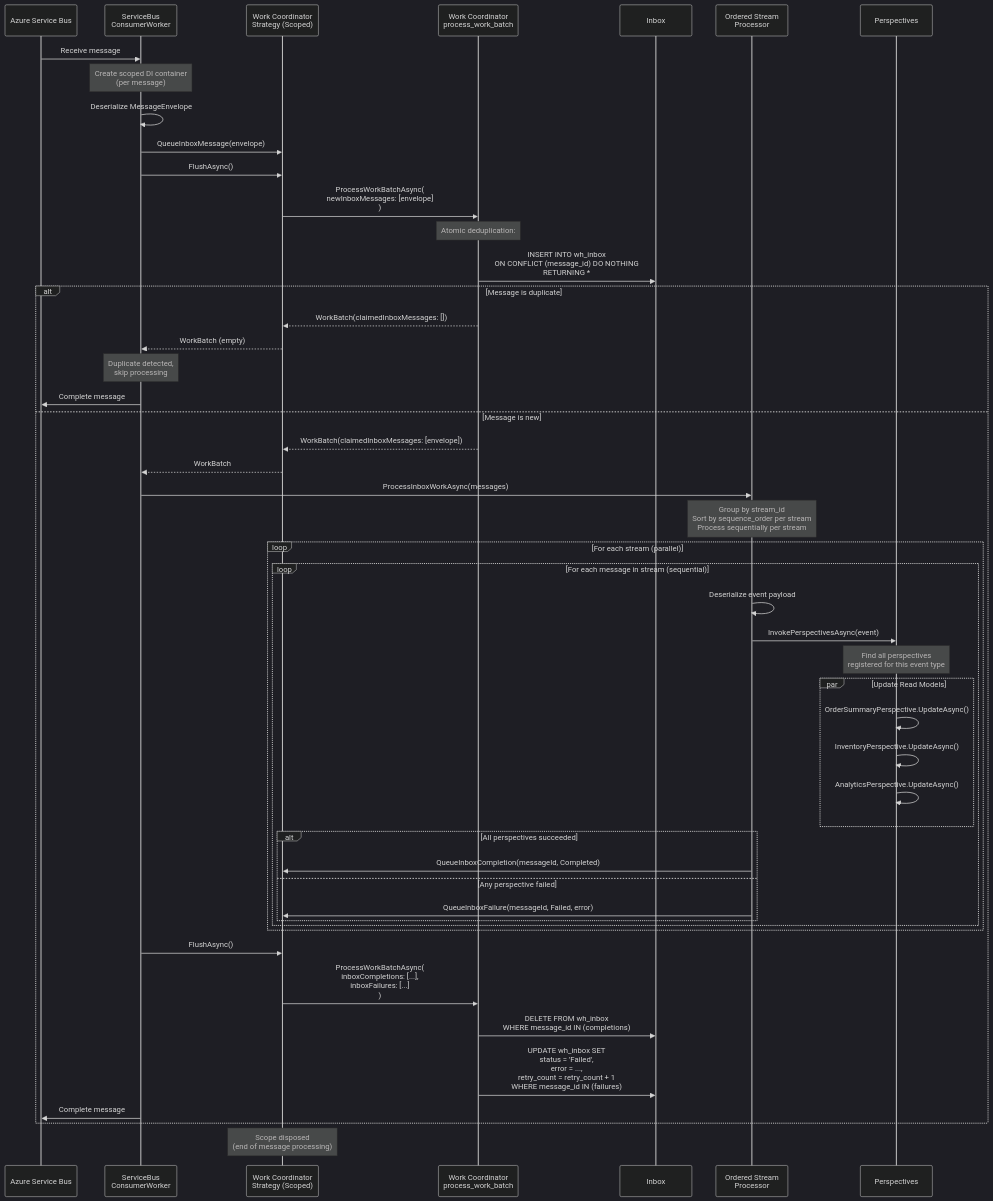
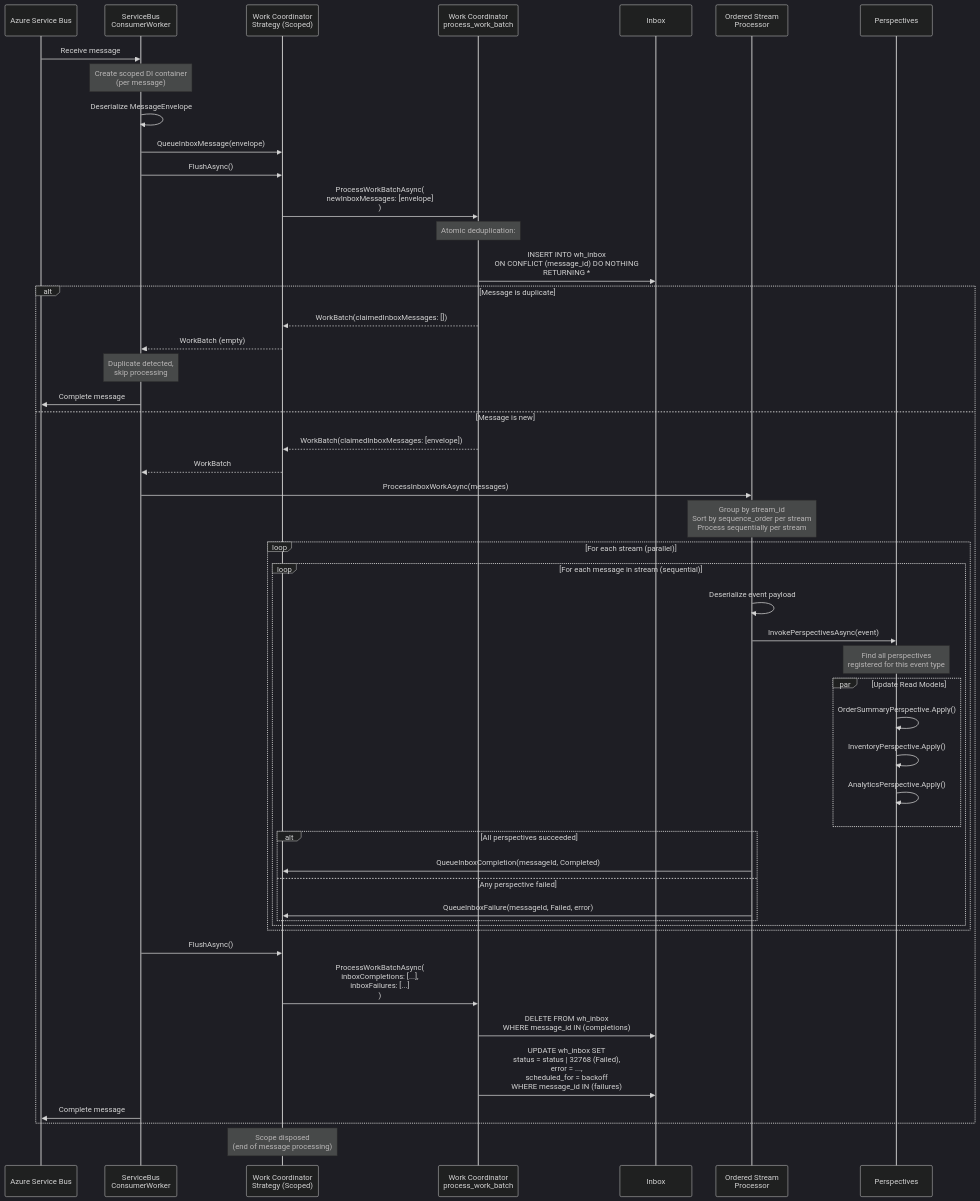
The fifth of 6 diagrams in src/assets/docs/v1.0.0/extending/internals/message-lifecycle.md (whizbang-lib/whizbang-lib.github.io), drawn with Mermaid (dark theme) before and after one commit. The commit also changed other lines of this file and 38 other files, not shown here.

````diff
--- a/src/assets/docs/v1.0.0/extending/internals/message-lifecycle.md
+++ b/src/assets/docs/v1.0.0/extending/internals/message-lifecycle.md
@@ -296,76 +309,76 @@
 ```mermaid
 sequenceDiagram
     participant ServiceBus as Azure Service Bus
     participant ConsumerWorker as ServiceBus<br/>ConsumerWorker
     participant WorkStrategy as Work Coordinator<br/>Strategy (Scoped)
     participant WorkCoord as Work Coordinator<br/>process_work_batch
     participant Inbox
     participant OSP as Ordered Stream<br/>Processor
     participant Perspectives
 
     ServiceBus->>ConsumerWorker: Receive message
 
     Note over ConsumerWorker: Create scoped DI container<br/>(per message)
 
     ConsumerWorker->>ConsumerWorker: Deserialize MessageEnvelope
 
     ConsumerWorker->>WorkStrategy: QueueInboxMessage(envelope)
 
     ConsumerWorker->>WorkStrategy: FlushAsync()
 
     WorkStrategy->>WorkCoord: ProcessWorkBatchAsync(<br/>  newInboxMessages: [envelope]<br/>)
 
     Note over WorkCoord: Atomic deduplication:
 
     WorkCoord->>Inbox: INSERT INTO wh_inbox<br/>ON CONFLICT (message_id) DO NOTHING<br/>RETURNING *
 
     alt Message is duplicate
         WorkCoord-->>WorkStrategy: WorkBatch(claimedInboxMessages: [])
         WorkStrategy-->>ConsumerWorker: WorkBatch (empty)
 
         Note over ConsumerWorker: Duplicate detected,<br/>skip processing
 
         ConsumerWorker->>ServiceBus: Complete message
     else Message is new
         WorkCoord-->>WorkStrategy: WorkBatch(claimedInboxMessages: [envelope])
         WorkStrategy-->>ConsumerWorker: WorkBatch
 
         ConsumerWorker->>OSP: ProcessInboxWorkAsync(messages)
 
         Note over OSP: Group by stream_id<br/>Sort by sequence_order per stream<br/>Process sequentially per stream
 
         loop For each stream (parallel)
             loop For each message in stream (sequential)
                 OSP->>OSP: Deserialize event payload
 
                 OSP->>Perspectives: InvokePerspectivesAsync(event)
 
                 Note over Perspectives: Find all perspectives<br/>registered for this event type
 
                 par Update Read Models
-                    Perspectives->>Perspectives: OrderSummaryPerspective.UpdateAsync()
-                    Perspectives->>Perspectives: InventoryPerspective.UpdateAsync()
-                    Perspectives->>Perspectives: AnalyticsPerspective.UpdateAsync()
+                    Perspectives->>Perspectives: OrderSummaryPerspective.Apply()
+                    Perspectives->>Perspectives: InventoryPerspective.Apply()
+                    Perspectives->>Perspectives: AnalyticsPerspective.Apply()
                 end
 
                 alt All perspectives succeeded
                     OSP->>WorkStrategy: QueueInboxCompletion(messageId, Completed)
                 else Any perspective failed
                     OSP->>WorkStrategy: QueueInboxFailure(messageId, Failed, error)
                 end
             end
         end
 
         ConsumerWorker->>WorkStrategy: FlushAsync()
 
         WorkStrategy->>WorkCoord: ProcessWorkBatchAsync(<br/>  inboxCompletions: [...],<br/>  inboxFailures: [...]<br/>)
 
         WorkCoord->>Inbox: DELETE FROM wh_inbox<br/>WHERE message_id IN (completions)
 
-        WorkCoord->>Inbox: UPDATE wh_inbox SET<br/>  status = 'Failed',<br/>  error = ...,<br/>  retry_count = retry_count + 1<br/>WHERE message_id IN (failures)
+        WorkCoord->>Inbox: UPDATE wh_inbox SET<br/>  status = status | 32768 (Failed),<br/>  error = ...,<br/>  scheduled_for = backoff<br/>WHERE message_id IN (failures)
 
         ConsumerWorker->>ServiceBus: Complete message
     end
 
     Note over WorkStrategy: Scope disposed<br/>(end of message processing)
 ```
````
